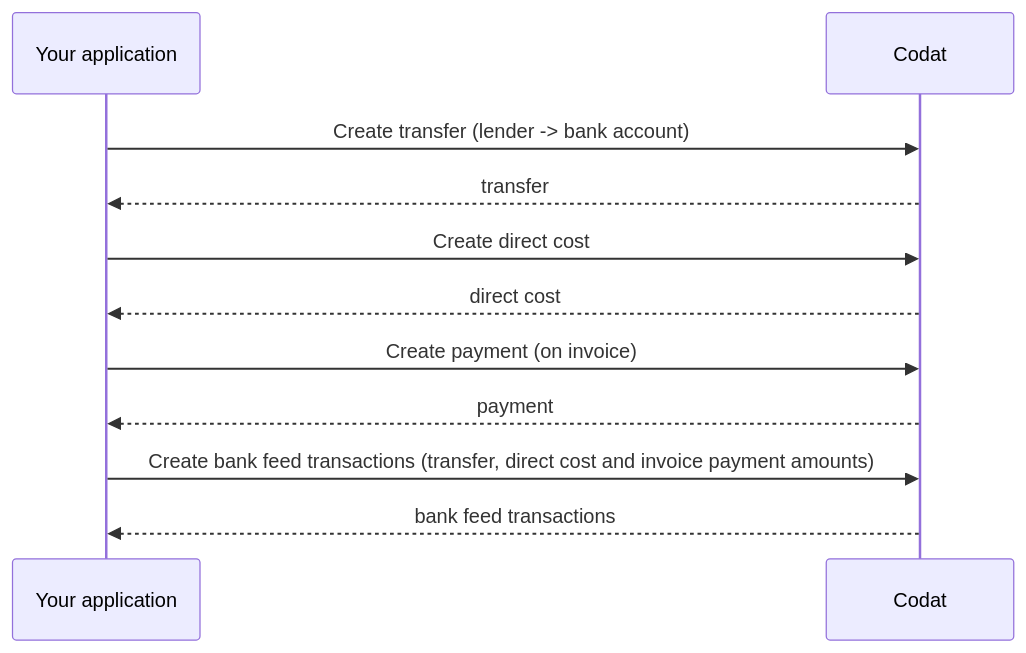
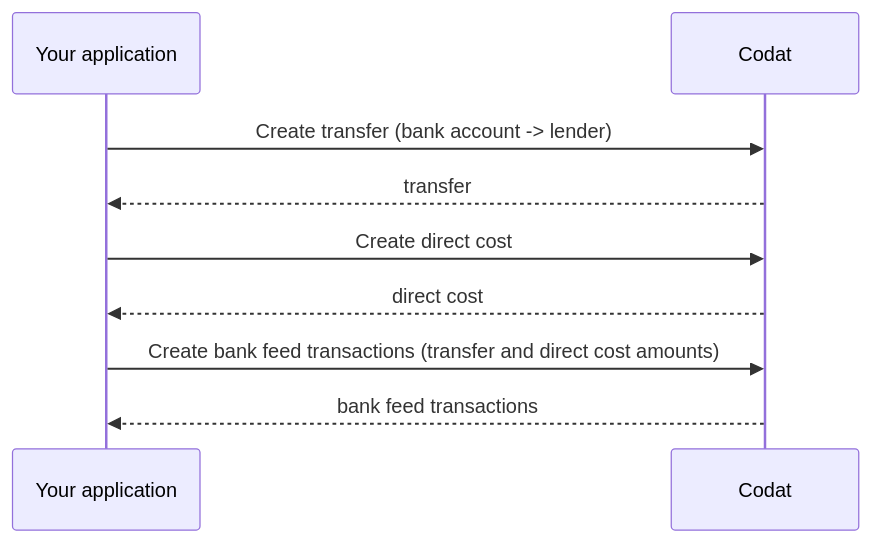
One commit to codatio/codat-docs changed the diagram in docs/lending/guides/loan-writeback/record-invoice-finance.md. Above: the diagram before and after it, drawn with Mermaid. The commit also changed other lines of this file and 5 other files, not shown here.

````diff
--- a/docs/lending/guides/loan-writeback/record-invoice-finance.md
+++ b/docs/lending/guides/loan-writeback/record-invoice-finance.md
@@ -23,17 +21,14 @@
 ```mermaid
 sequenceDiagram
     participant backend as Your application 
     participant codat as Codat
     
-        backend ->> codat: Create transfer (lender -> bank account)
+        backend ->> codat: Create transfer (bank account -> lender)
         codat -->> backend:  transfer
 
         backend ->> codat: Create direct cost
         codat -->> backend: direct cost
         
-        backend ->> codat: Create payment (on invoice)
-        codat -->> backend: payment
-        
-        backend ->> codat: Create bank feed transactions (transfer, direct cost and invoice payment amounts)
+        backend ->> codat: Create bank feed transactions (transfer and direct cost amounts)
         codat -->> backend: bank feed transactions
 ```
````
